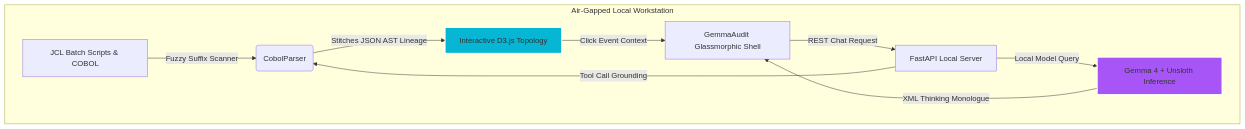
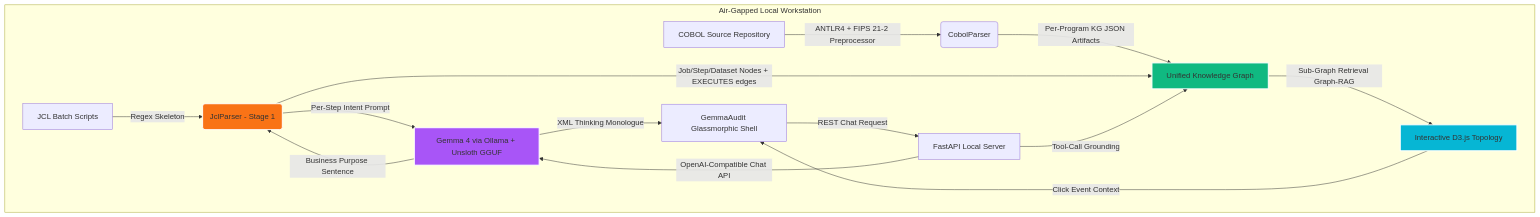
Before and after one commit to thedataengineer/gemma4_contest: the diagram in submissions/build_track.md, drawn with Mermaid. The commit also changed other lines of this file and 14 other files, not shown here.

````diff
--- a/submissions/build_track.md
+++ b/submissions/build_track.md
@@ -59,17 +60,24 @@
 ```mermaid
 graph TD
     subgraph Air-Gapped Local Workstation
-        A[JCL Batch Scripts & COBOL] -->|Fuzzy Suffix Scanner| B(CobolParser)
-        B -->|Stitches JSON AST Lineage| C[Interactive D3.js Topology]
-        
+        J[JCL Batch Scripts] -->|Regex Skeleton| JP(JclParser - Stage 1)
+        A[COBOL Source Repository] -->|ANTLR4 + FIPS 21-2 Preprocessor| B(CobolParser)
+        JP -->|Per-Step Intent Prompt| F
+        F -->|Business Purpose Sentence| JP
+        B -->|Per-Program KG JSON Artifacts| G[Unified Knowledge Graph]
+        JP -->|Job/Step/Dataset Nodes + EXECUTES edges| G
+        G -->|Sub-Graph Retrieval Graph-RAG| C[Interactive D3.js Topology]
+
         C -->|Click Event Context| D[GemmaAudit Glassmorphic Shell]
         D -->|REST Chat Request| E[FastAPI Local Server]
-        
-        E -->|Tool Call Grounding| B
-        E -->|Local Model Query| F[Gemma 4 + Unsloth Inference]
+
+        E -->|Tool-Call Grounding| G
+        E -->|OpenAI-Compatible Chat API| F[Gemma 4 via Ollama + Unsloth GGUF]
         F -->|XML Thinking Monologue| D
     end
-    
+
     style F fill:#a855f7,stroke:#fff,stroke-width:2px;
     style C fill:#06b6d4,stroke:#fff,stroke-width:2px;
+    style G fill:#10b981,stroke:#fff,stroke-width:2px;
+    style JP fill:#f97316,stroke:#fff,stroke-width:2px;
 ```
````
